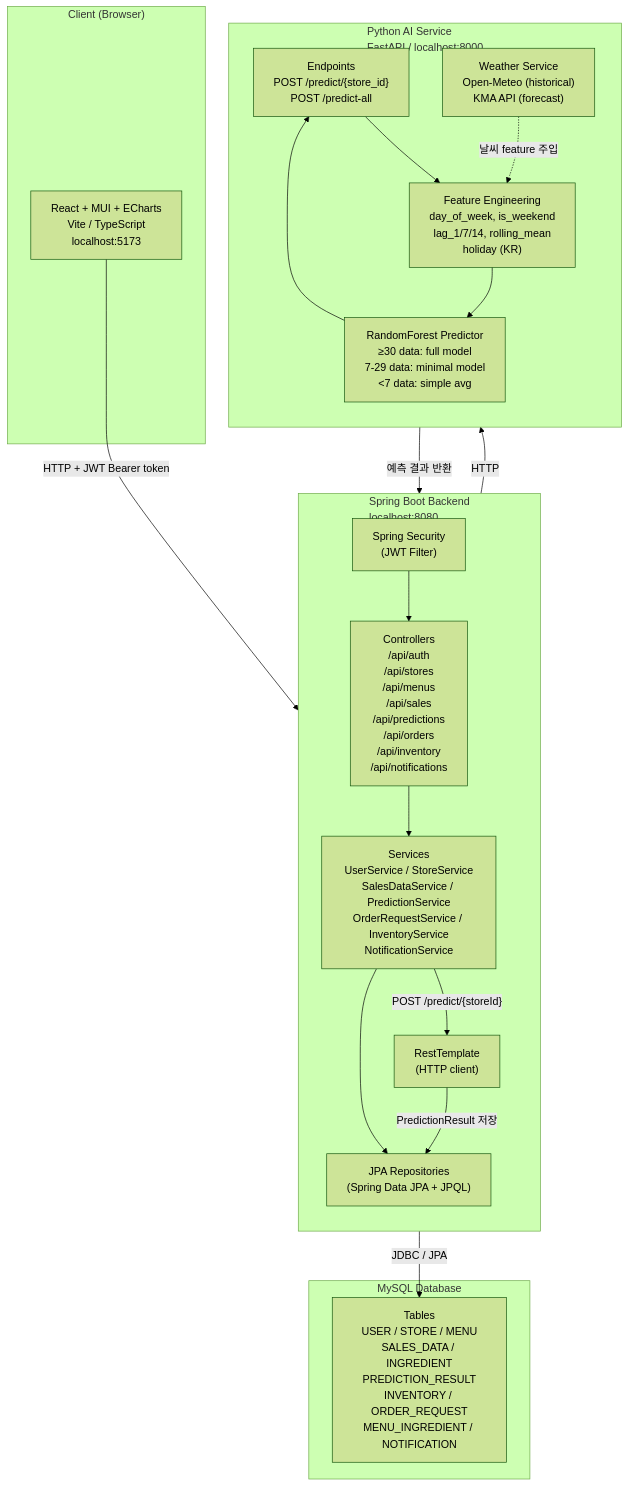
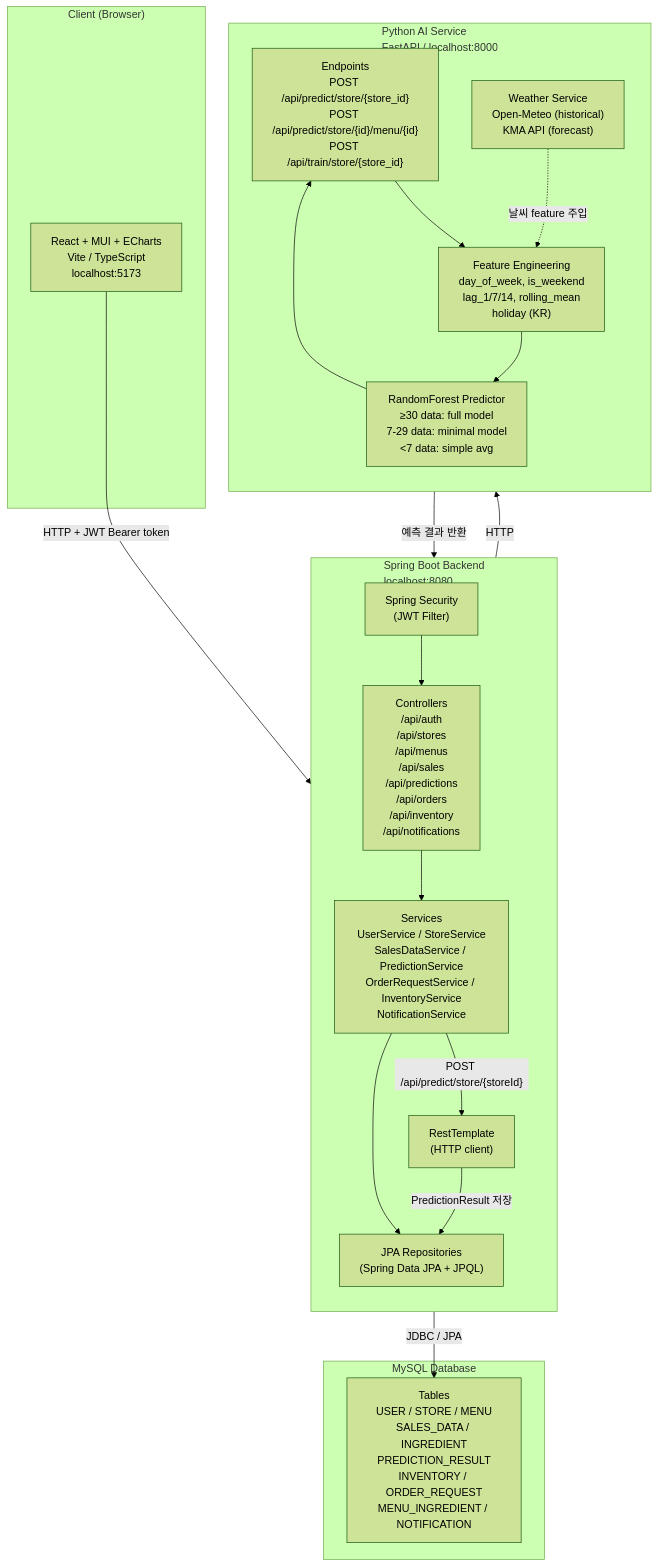
The diagram in uml/architecture.md (Food-G/FoodGuard), drawn with Mermaid (forest theme) before and after one commit. The commit also changed other lines of this file and 3 other files, not shown here.

Commit message:
docs(uml): 아키텍처·ERD·시퀀스·유스케이스 갱신

````diff
--- a/uml/architecture.md
+++ b/uml/architecture.md
@@ -3,41 +3,41 @@
 ```mermaid
 graph TB
     subgraph Client["Client (Browser)"]
         FE["React + MUI + ECharts<br/>Vite / TypeScript<br/>localhost:5173"]
     end
 
     subgraph Backend["Spring Boot Backend<br/>localhost:8080"]
         direction TB
         SEC["Spring Security<br/>(JWT Filter)"]
         CTR["Controllers<br/>/api/auth<br/>/api/stores<br/>/api/menus<br/>/api/sales<br/>/api/predictions<br/>/api/orders<br/>/api/inventory<br/>/api/notifications"]
         SVC["Services<br/>UserService / StoreService<br/>SalesDataService / PredictionService<br/>OrderRequestService / InventoryService<br/>NotificationService"]
         REPO["JPA Repositories<br/>(Spring Data JPA + JPQL)"]
         RT["RestTemplate<br/>(HTTP client)"]
     end
 
     subgraph AI["Python AI Service<br/>FastAPI / localhost:8000"]
         direction TB
-        AIROUTE["Endpoints<br/>POST /predict/{store_id}<br/>POST /predict-all"]
+        AIROUTE["Endpoints<br/>POST /api/predict/store/{store_id}<br/>POST /api/predict/store/{id}/menu/{id}<br/>POST /api/train/store/{store_id}"]
         FEAT["Feature Engineering<br/>day_of_week, is_weekend<br/>lag_1/7/14, rolling_mean<br/>holiday (KR)"]
         MODEL["RandomForest Predictor<br/>≥30 data: full model<br/>7-29 data: minimal model<br/><7 data: simple avg"]
         WEATHER["Weather Service<br/>Open-Meteo (historical)<br/>KMA API (forecast)"]
     end
 
     subgraph DB["MySQL Database"]
         TABLES["Tables<br/>USER / STORE / MENU<br/>SALES_DATA / INGREDIENT<br/>PREDICTION_RESULT<br/>INVENTORY / ORDER_REQUEST<br/>MENU_INGREDIENT / NOTIFICATION"]
     end
 
     FE -->|"HTTP + JWT Bearer token"| SEC
     SEC --> CTR
     CTR --> SVC
     SVC --> REPO
     REPO -->|"JDBC / JPA"| TABLES
-    SVC -->|"POST /predict/{storeId}"| RT
+    SVC -->|"POST /api/predict/store/{storeId}"| RT
     RT -->|"HTTP"| AIROUTE
     AIROUTE --> FEAT
     FEAT --> MODEL
     MODEL --> AIROUTE
     WEATHER -.->|"날씨 feature 주입"| FEAT
     AIROUTE -->|"예측 결과 반환"| RT
     RT -->|"PredictionResult 저장"| REPO
 ```
````
